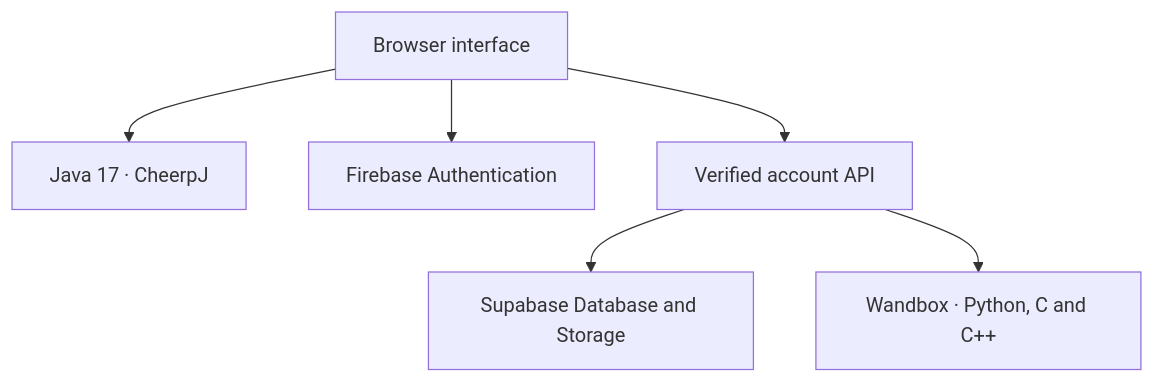
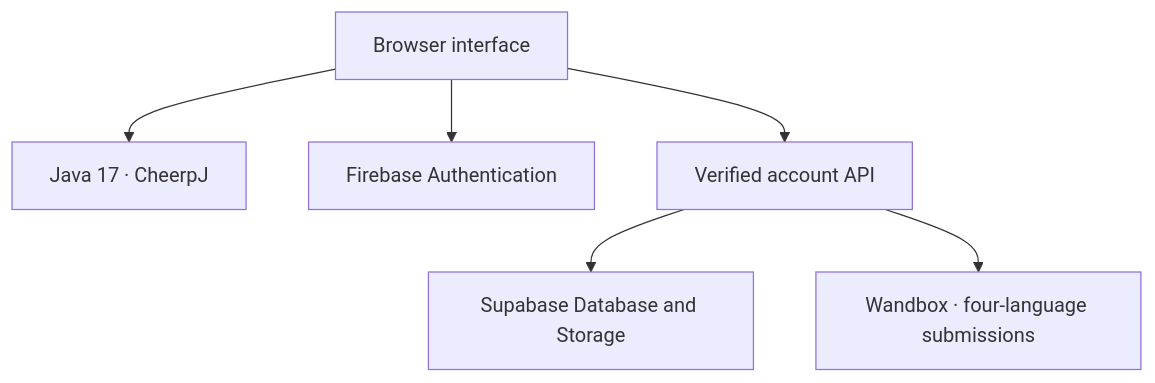
One commit to jagadeeshwaran-r/bytequest changed the diagram in README.md. Above: the diagram before and after it, drawn with Mermaid. The commit also changed other lines of this file and 38 other files, not shown here.

````diff
--- a/README.md
+++ b/README.md
@@ -34,8 +36,8 @@
 ```mermaid
 flowchart TD
     Browser["Browser interface"] --> Java["Java 17 · CheerpJ"]
     Browser --> Auth["Firebase Authentication"]
     Browser --> API["Verified account API"]
     API --> Data["Supabase Database and Storage"]
-    API --> Compiler["Wandbox · Python, C and C++"]
+    API --> Compiler["Wandbox · four-language submissions"]
 ```
````
